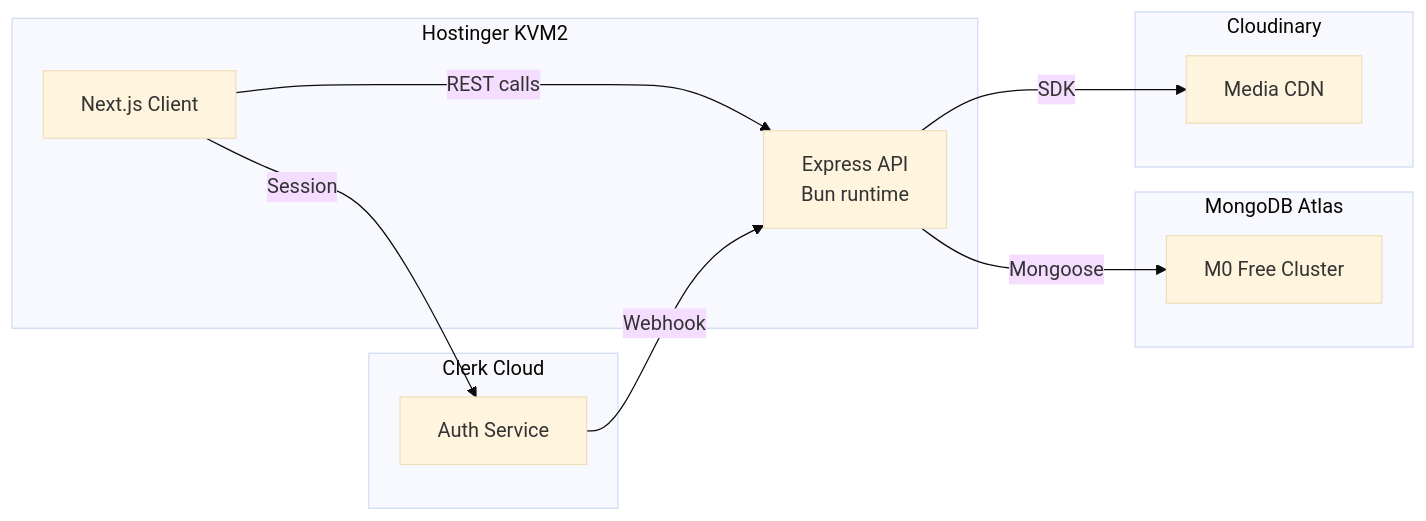
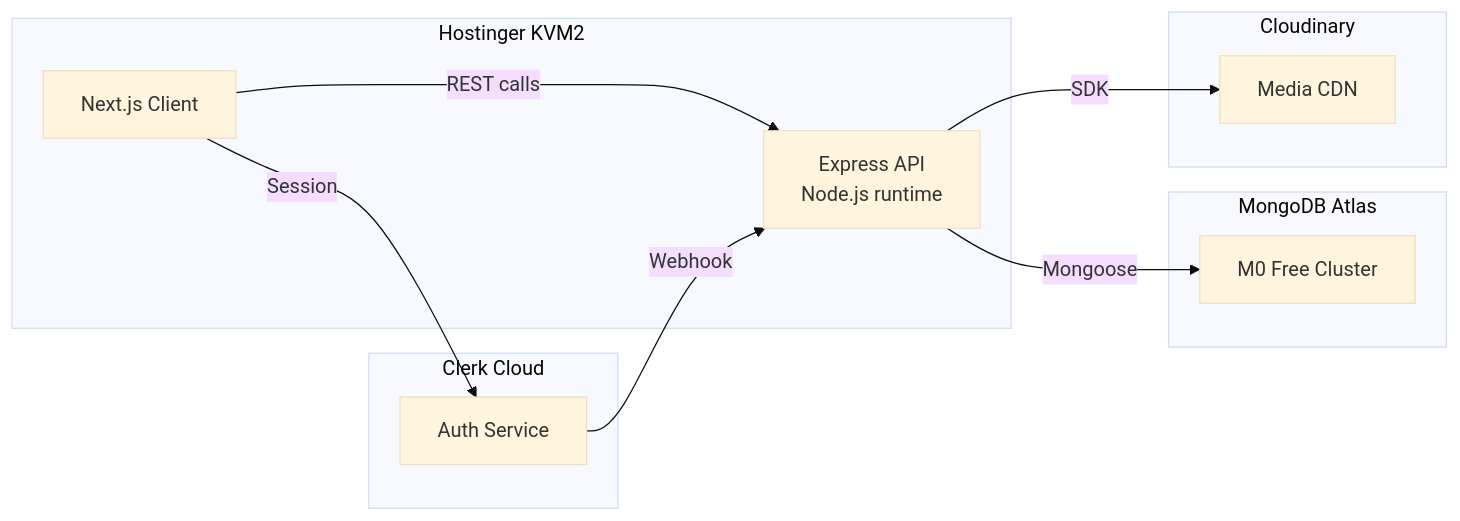
Before and after one commit to atharvdange618/Tabi: the fifth of 6 diagrams in docs/architecture.md, drawn with Mermaid (base theme). The commit also changed other lines of this file and 3 other files, not shown here.

First line of the commit message:
docs: replace bun with pnpm and node in setup and stack docs

````diff
--- a/docs/architecture.md
+++ b/docs/architecture.md
@@ -298,25 +297,25 @@
 ```mermaid
 graph LR
     subgraph Hostinger KVM2
         A[Next.js Client]
-        B[Express API<br/>Bun runtime]
+        B[Express API<br/>Node.js runtime]
     end
 
     subgraph MongoDB Atlas
         C[M0 Free Cluster]
     end
 
     subgraph Clerk Cloud
         D[Auth Service]
     end
 
     subgraph Cloudinary
         E[Media CDN]
     end
 
     A -->|REST calls| B
     B -->|Mongoose| C
     D -->|Webhook| B
     B -->|SDK| E
     A -->|Session| D
 ```
````
